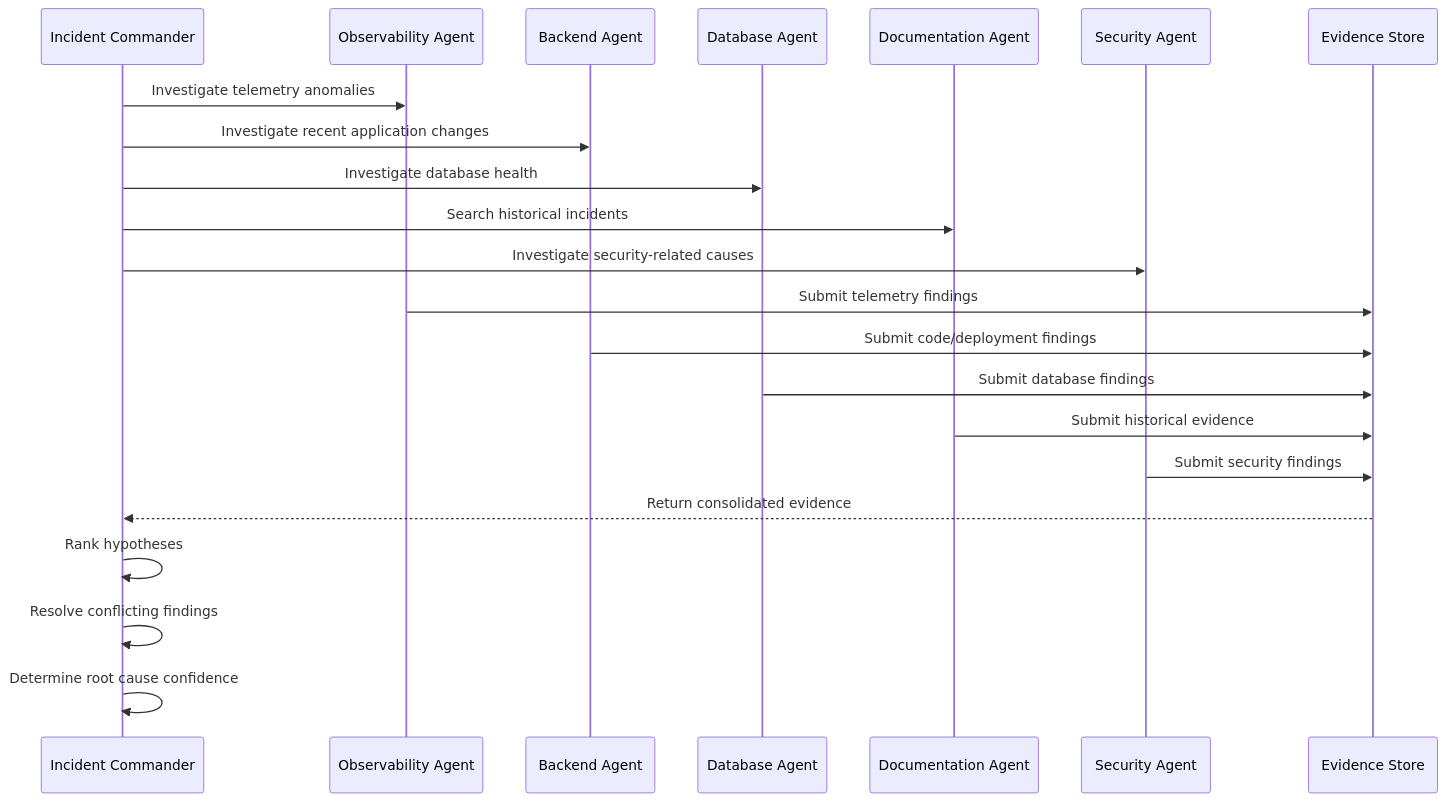
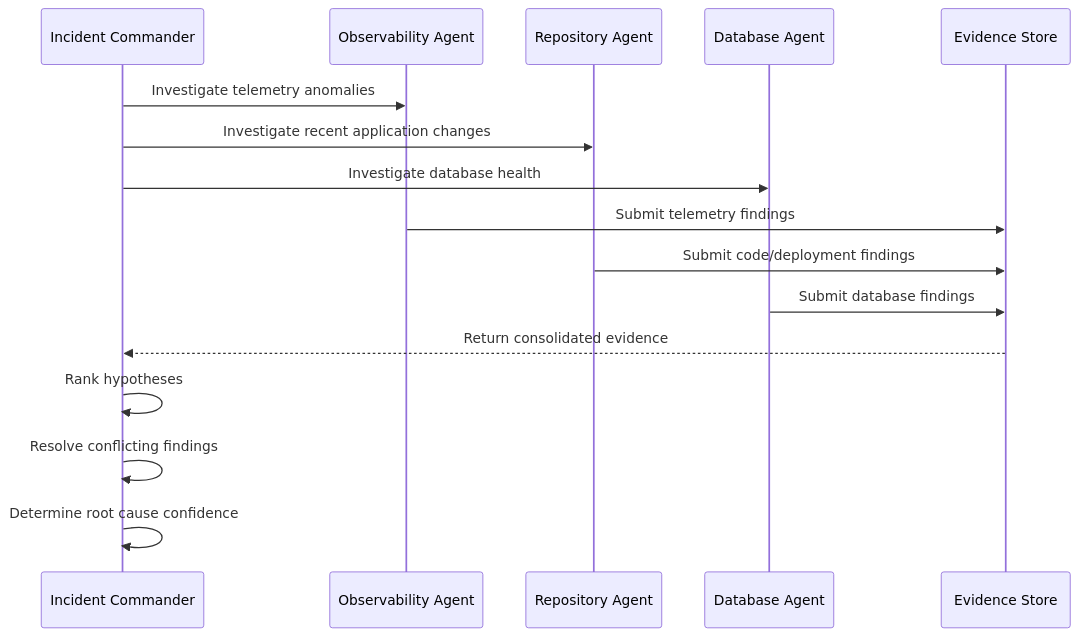
The third of 8 diagrams in README.md (ShaliniKashyap717/IncidentForge), drawn with Mermaid before and after one commit. The commit also changed other lines of this file and 17 other files, not shown here.

````diff
--- a/README.md
+++ b/README.md
@@ -306,29 +196,23 @@
 ```mermaid
 sequenceDiagram
 
     participant IC as Incident Commander
     participant O as Observability Agent
-    participant B as Backend Agent
+    participant R as Repository Agent
     participant D as Database Agent
-    participant K as Documentation Agent
-    participant S as Security Agent
     participant E as Evidence Store
 
     IC->>O: Investigate telemetry anomalies
-    IC->>B: Investigate recent application changes
+    IC->>R: Investigate recent application changes
     IC->>D: Investigate database health
-    IC->>K: Search historical incidents
-    IC->>S: Investigate security-related causes
 
     O->>E: Submit telemetry findings
-    B->>E: Submit code/deployment findings
+    R->>E: Submit code/deployment findings
     D->>E: Submit database findings
-    K->>E: Submit historical evidence
-    S->>E: Submit security findings
 
     E-->>IC: Return consolidated evidence
 
     IC->>IC: Rank hypotheses
     IC->>IC: Resolve conflicting findings
     IC->>IC: Determine root cause confidence
 ```
````
